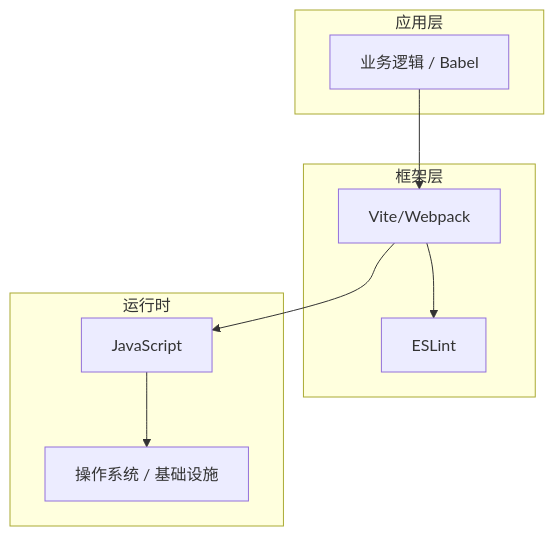
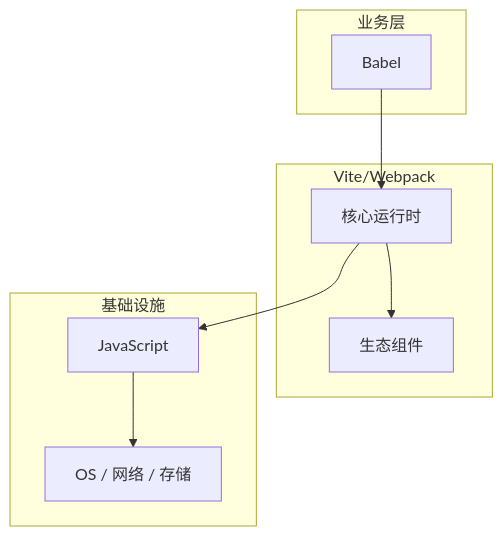
Before and after one commit to yanggan2015/knowledge-json-v2: the diagram in articles/前端工程化/chapters/055-Babel核心概念与原理.md, drawn with Mermaid. The commit also changed other lines of this file and 10127 other files, not shown here.

````diff
--- a/articles/前端工程化/chapters/055-Babel核心概念与原理.md
+++ b/articles/前端工程化/chapters/055-Babel核心概念与原理.md
@@ -45,18 +34,18 @@
 ```mermaid
 graph TB
-    subgraph 应用层
-        A[业务逻辑 / Babel]
+    subgraph 业务层
+        A[Babel]
     end
-    subgraph 框架层
-        B[Vite/Webpack]
-        C[ESLint]
+    subgraph Vite/Webpack
+        B[核心运行时]
+        C[生态组件]
     end
-    subgraph 运行时
+    subgraph 基础设施
         D[JavaScript]
-        E[操作系统 / 基础设施]
+        E[OS / 网络 / 存储]
     end
     A --> B
     B --> C
     B --> D
     D --> E
 ```
````
